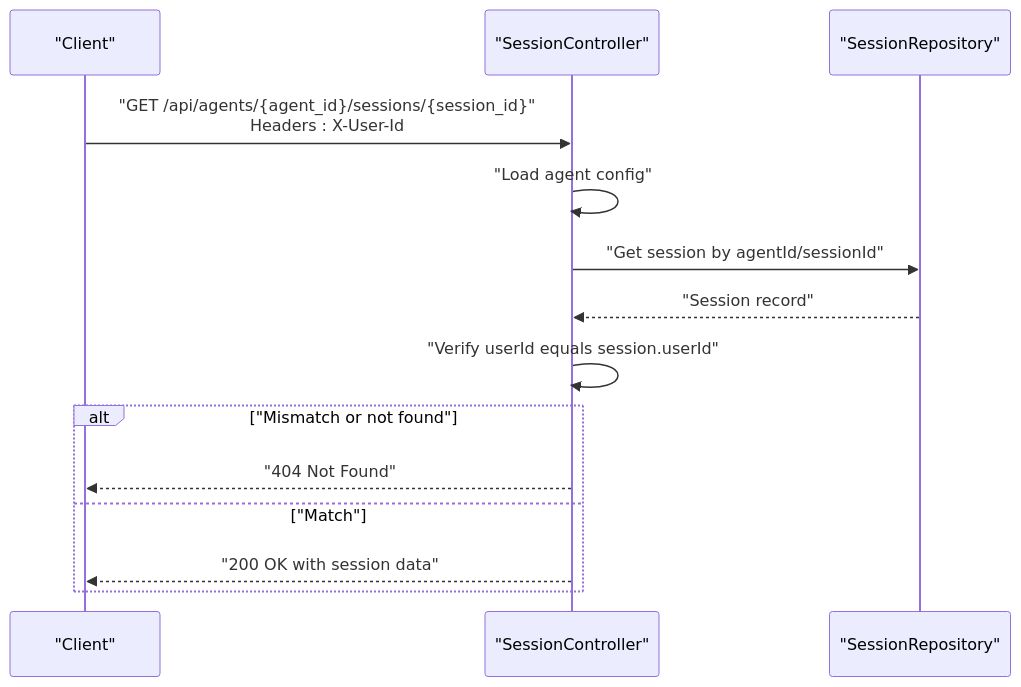
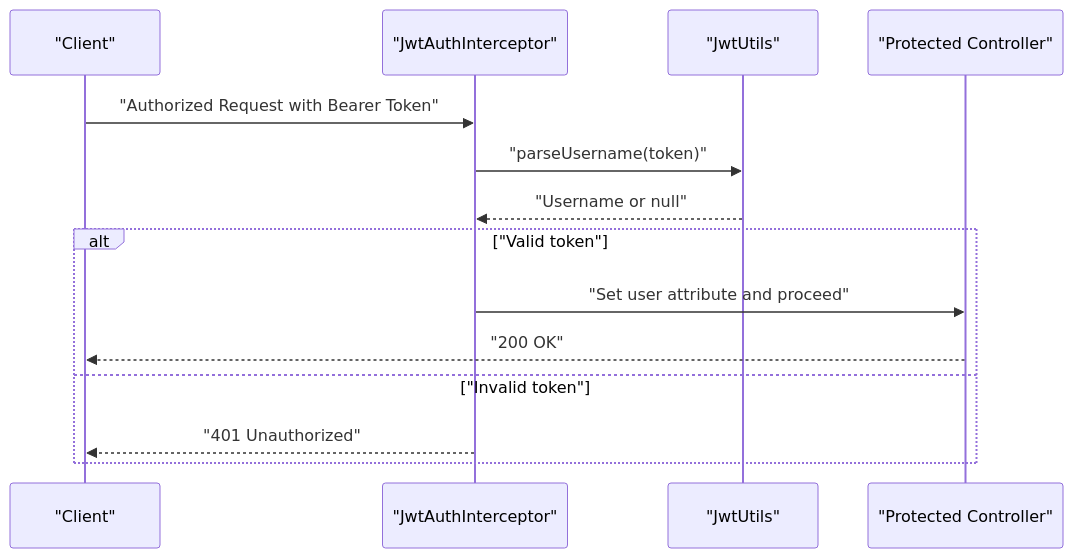
Before and after one commit to alibaba/tron-one-agent: the third of 8 diagrams in .qoder/repowiki/en/content/API Reference/Authentication and Authorization.md, drawn with Mermaid. The commit also changed other lines of this file and 13 other files, not shown here.

````diff
--- a/.qoder/repowiki/en/content/API Reference/Authentication and Authorization.md
+++ b/.qoder/repowiki/en/content/API Reference/Authentication and Authorization.md
@@ -109,16 +135,16 @@
 ```mermaid
 sequenceDiagram
 participant Client as "Client"
-participant Controller as "SessionController"
-participant Repo as "SessionRepository"
-Client->>Controller : "GET /api/agents/{agent_id}/sessions/{session_id}"<br/>Headers : X-User-Id
-Controller->>Controller : "Load agent config"
-Controller->>Repo : "Get session by agentId/sessionId"
-Repo-->>Controller : "Session record"
-Controller->>Controller : "Verify userId equals session.userId"
-alt "Mismatch or not found"
-Controller-->>Client : "404 Not Found"
-else "Match"
-Controller-->>Client : "200 OK with session data"
+participant Interceptor as "JwtAuthInterceptor"
+participant JWT as "JwtUtils"
+participant Controller as "Protected Controller"
+Client->>Interceptor : "Authorized Request with Bearer Token"
+Interceptor->>JWT : "parseUsername(token)"
+JWT-->>Interceptor : "Username or null"
+alt "Valid token"
+Interceptor->>Controller : "Set user attribute and proceed"
+Controller-->>Client : "200 OK"
+else "Invalid token"
+Interceptor-->>Client : "401 Unauthorized"
 end
 ```
````
